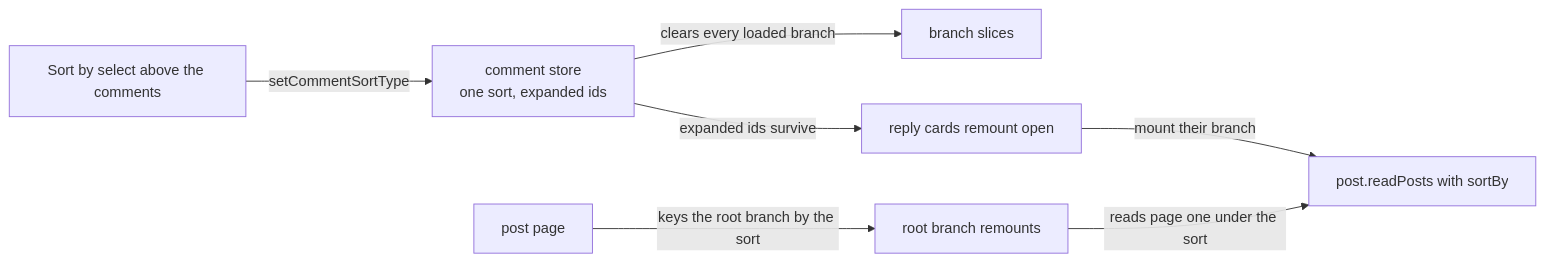
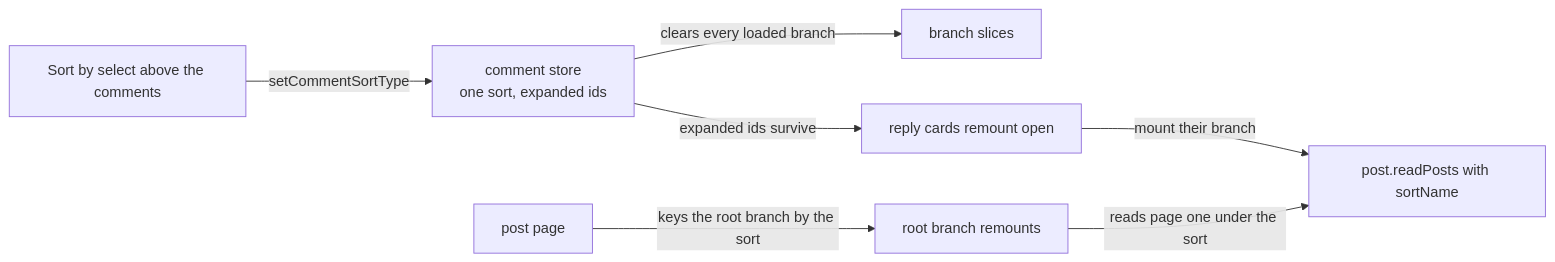
Before and after one commit to Esposter/Esposter: the diagram in openspec/specs/post/comment-sort/design.md, drawn with Mermaid. The commit also changed other lines of this file and 63 other files, not shown here.

````diff
--- a/openspec/specs/post/comment-sort/design.md
+++ b/openspec/specs/post/comment-sort/design.md
@@ -14,9 +14,9 @@
 ```mermaid
 flowchart LR
   select[Sort by select above the comments] -->|setCommentSortType| store[comment store<br/>one sort, expanded ids]
   store -->|clears every loaded branch| slices[branch slices]
   page[post page] -->|keys the root branch by the sort| root[root branch remounts]
-  root -->|reads page one under the sort| read[post.readPosts with sortBy]
+  root -->|reads page one under the sort| read[post.readPosts with sortName]
   store -->|expanded ids survive| cards[reply cards remount open]
   cards -->|mount their branch| read
 ```
````
